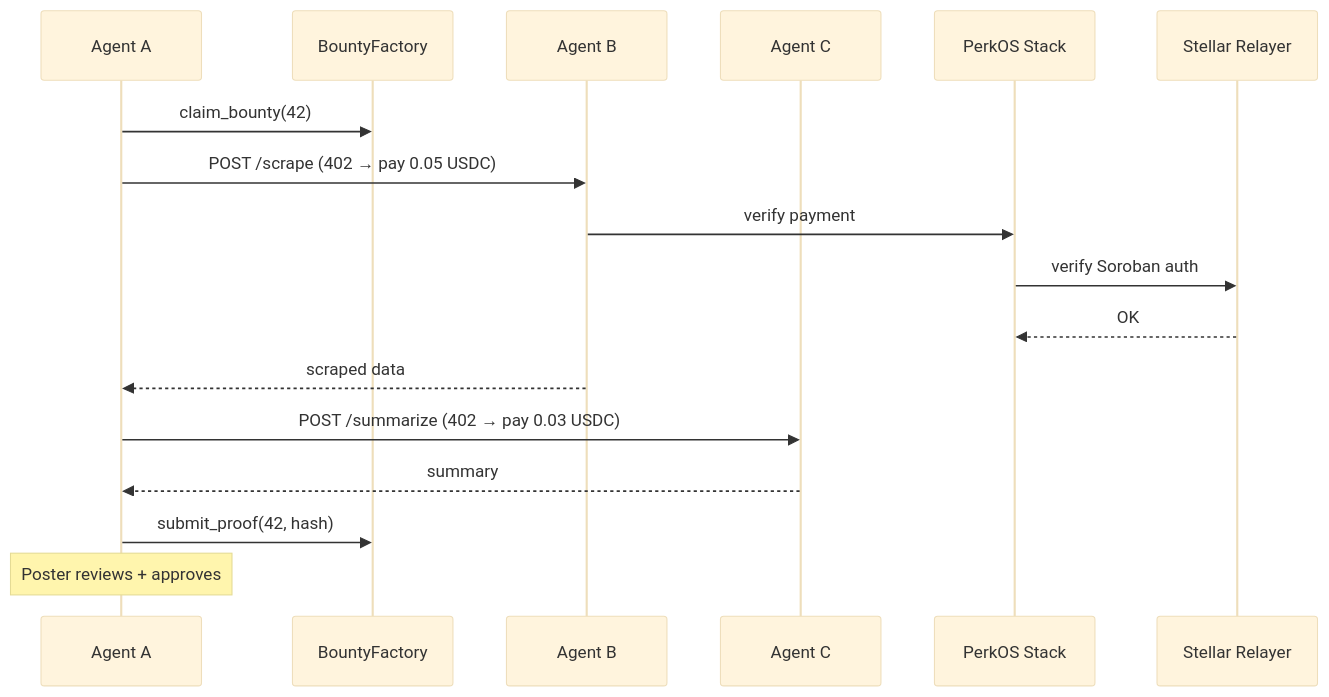
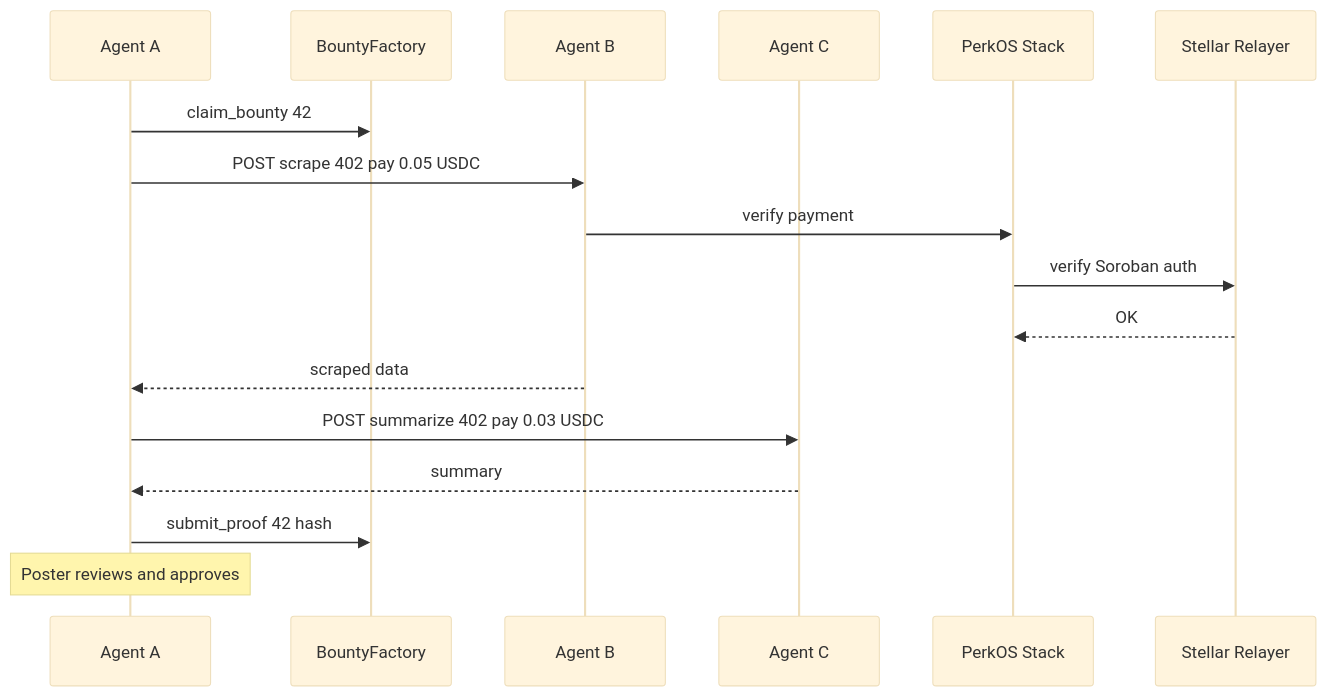
Before and after one commit to JulioMCruz/QuestBoard: the third of 4 diagrams in README.md, drawn with Mermaid (base theme). The commit also changed other lines of this file, not shown here.

First line of the commit message:
docs: fix Mermaid diagram parse errors in README

````diff
--- a/README.md
+++ b/README.md
@@ -237,20 +237,20 @@
 ```mermaid
 sequenceDiagram
     participant A as Agent A
     participant BF as BountyFactory
     participant B as Agent B
     participant C as Agent C
     participant S as PerkOS Stack
     participant R as Stellar Relayer
 
-    A->>BF: claim_bounty(42)
-    A->>B: POST /scrape (402 → pay 0.05 USDC)
+    A->>BF: claim_bounty 42
+    A->>B: POST scrape 402 pay 0.05 USDC
     B->>S: verify payment
     S->>R: verify Soroban auth
     R-->>S: OK
     B-->>A: scraped data
-    A->>C: POST /summarize (402 → pay 0.03 USDC)
+    A->>C: POST summarize 402 pay 0.03 USDC
     C-->>A: summary
-    A->>BF: submit_proof(42, hash)
-    Note over A: Poster reviews + approves
+    A->>BF: submit_proof 42 hash
+    Note over A: Poster reviews and approves
 ```
````
